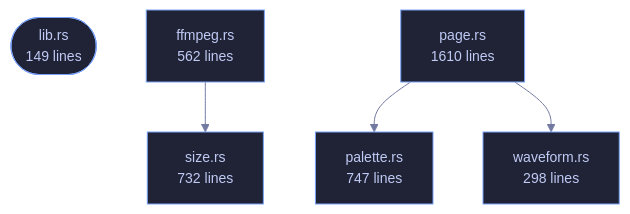
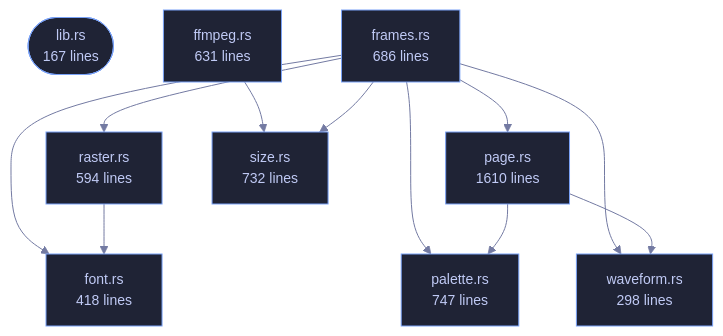
The diagram in wiki/Crate-veilvoice-video.md (tilas01/veilvoice), drawn with Mermaid before and after one commit. The commit also changed other lines of this file and 67 other files, not shown here.

First line of the commit message:
video: the frames are drawn, so the file has a picture in it

````diff
--- a/wiki/Crate-veilvoice-video.md
+++ b/wiki/Crate-veilvoice-video.md
@@ -77,19 +77,32 @@
 ```mermaid
 %%{init: {"theme":"base","themeVariables":{"background":"#1a1b26","primaryColor":"#1f2335","primaryTextColor":"#c0caf5","primaryBorderColor":"#7aa2f7","secondaryColor":"#16161e","tertiaryColor":"#16161e","lineColor":"#737aa2","textColor":"#c0caf5","mainBkg":"#1f2335","nodeBorder":"#7aa2f7","clusterBkg":"#16161e","clusterBorder":"#2f3549","fontFamily":"ui-monospace, SFMono-Regular, Consolas, monospace","fontSize":"14px"}}}%%
 flowchart TD
-    n_lib(["lib.rs<br/>149 lines"])
-    n_ffmpeg["ffmpeg.rs<br/>562 lines"]
+    n_lib(["lib.rs<br/>167 lines"])
+    n_ffmpeg["ffmpeg.rs<br/>631 lines"]
+    n_font["font.rs<br/>418 lines"]
+    n_frames["frames.rs<br/>686 lines"]
     n_page["page.rs<br/>1610 lines"]
     n_palette["palette.rs<br/>747 lines"]
+    n_raster["raster.rs<br/>594 lines"]
     n_size["size.rs<br/>732 lines"]
     n_waveform["waveform.rs<br/>298 lines"]
     n_ffmpeg --> n_size
+    n_frames --> n_font
+    n_frames --> n_page
+    n_frames --> n_palette
+    n_frames --> n_raster
+    n_frames --> n_size
+    n_frames --> n_waveform
     n_page --> n_palette
     n_page --> n_waveform
+    n_raster --> n_font
     click n_lib href "https://github.com/tilas01/veilvoice/blob/main/crates/veilvoice-video/src/lib.rs" "open the source"
     click n_ffmpeg href "https://github.com/tilas01/veilvoice/blob/main/crates/veilvoice-video/src/ffmpeg.rs" "open the source"
+    click n_font href "https://github.com/tilas01/veilvoice/blob/main/crates/veilvoice-video/src/font.rs" "open the source"
+    click n_frames href "https://github.com/tilas01/veilvoice/blob/main/crates/veilvoice-video/src/frames.rs" "open the source"
     click n_page href "https://github.com/tilas01/veilvoice/blob/main/crates/veilvoice-video/src/page.rs" "open the source"
     click n_palette href "https://github.com/tilas01/veilvoice/blob/main/crates/veilvoice-video/src/palette.rs" "open the source"
+    click n_raster href "https://github.com/tilas01/veilvoice/blob/main/crates/veilvoice-video/src/raster.rs" "open the source"
     click n_size href "https://github.com/tilas01/veilvoice/blob/main/crates/veilvoice-video/src/size.rs" "open the source"
     click n_waveform href "https://github.com/tilas01/veilvoice/blob/main/crates/veilvoice-video/src/waveform.rs" "open the source"
 ```
````
